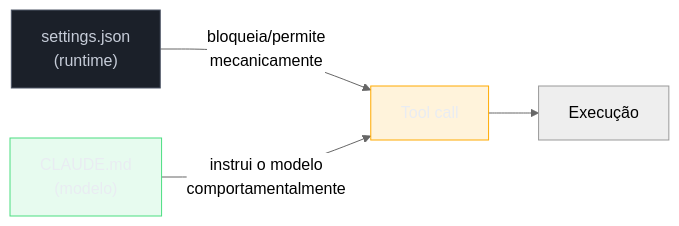
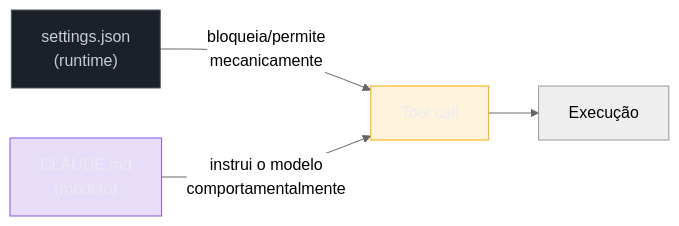
The first of 2 diagrams in 03-Dominios/Tecnologia/IA/Claude Code/Configuração/04 - settings.json.md (josenaldo/codex-technomanticus), drawn with Mermaid (neutral theme) before and after one commit. The commit also changed 601 other files, not shown here.

````diff
--- a/03-Dominios/Tecnologia/IA/Claude Code/Configuração/04 - settings.json.md
+++ b/03-Dominios/Tecnologia/IA/Claude Code/Configuração/04 - settings.json.md
@@ -30,12 +30,12 @@
 ```mermaid
 flowchart LR
+    classDef marca fill:#8855DF33,stroke:#8855DF,color:#E9ECF2
     classDef neutro fill:#1B2029,stroke:#4E5666,color:#C6CCD8
-    classDef ok fill:#4ADE8021,stroke:#4ADE80,color:#E9ECF2
     classDef destaque fill:#FFAA0024,stroke:#FFAA00,color:#E9ECF2
     Settings["settings.json\n(runtime)"] -- "bloqueia/permite\nmecanicamente" --> ToolCall["Tool call"]
     CLAUDE["CLAUDE.md\n(modelo)"] -- "instrui o modelo\ncomportamentalmente" --> ToolCall
     ToolCall --> Exec["Execução"]
     class Settings neutro
-    class CLAUDE ok
+    class CLAUDE marca
     class ToolCall destaque
 ```
````
